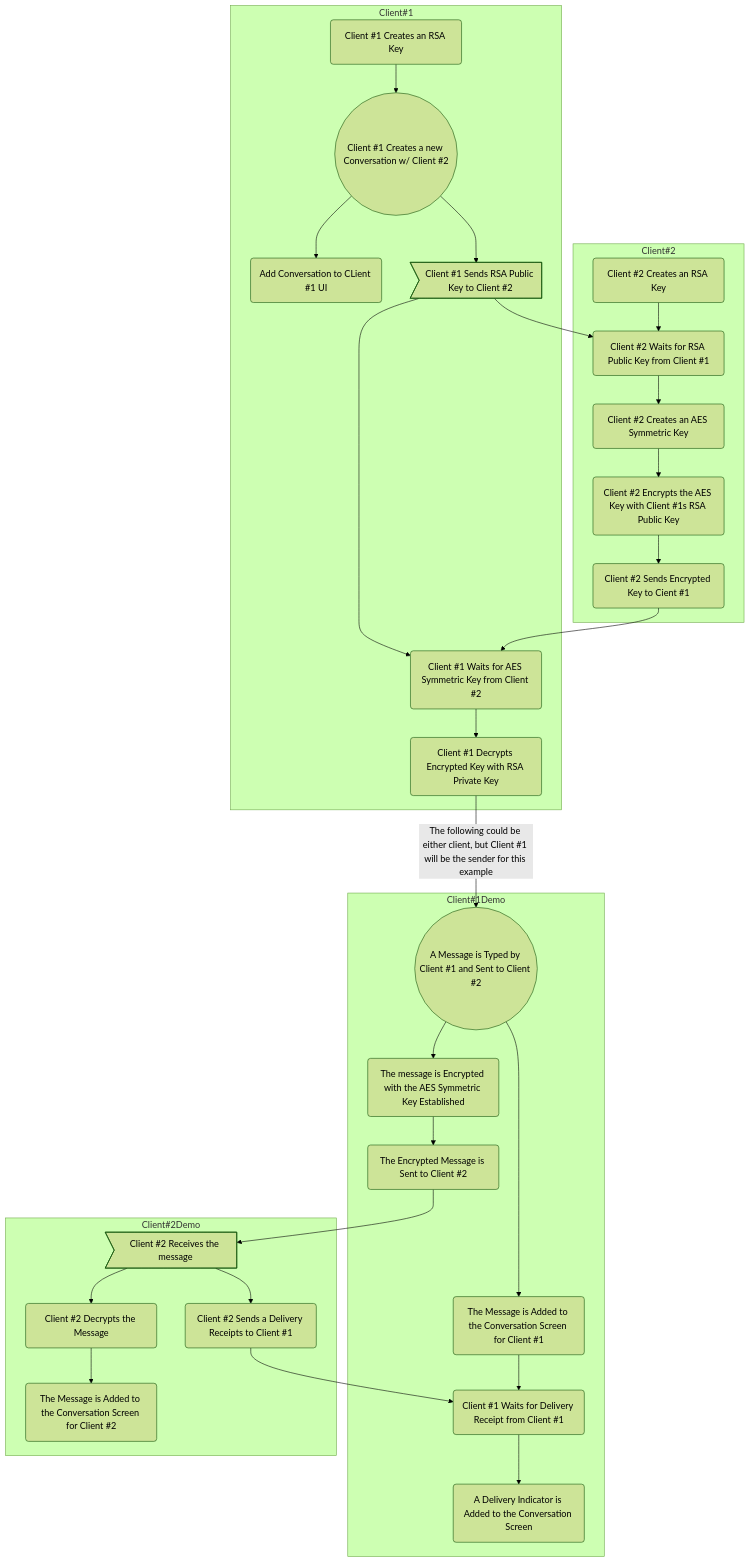
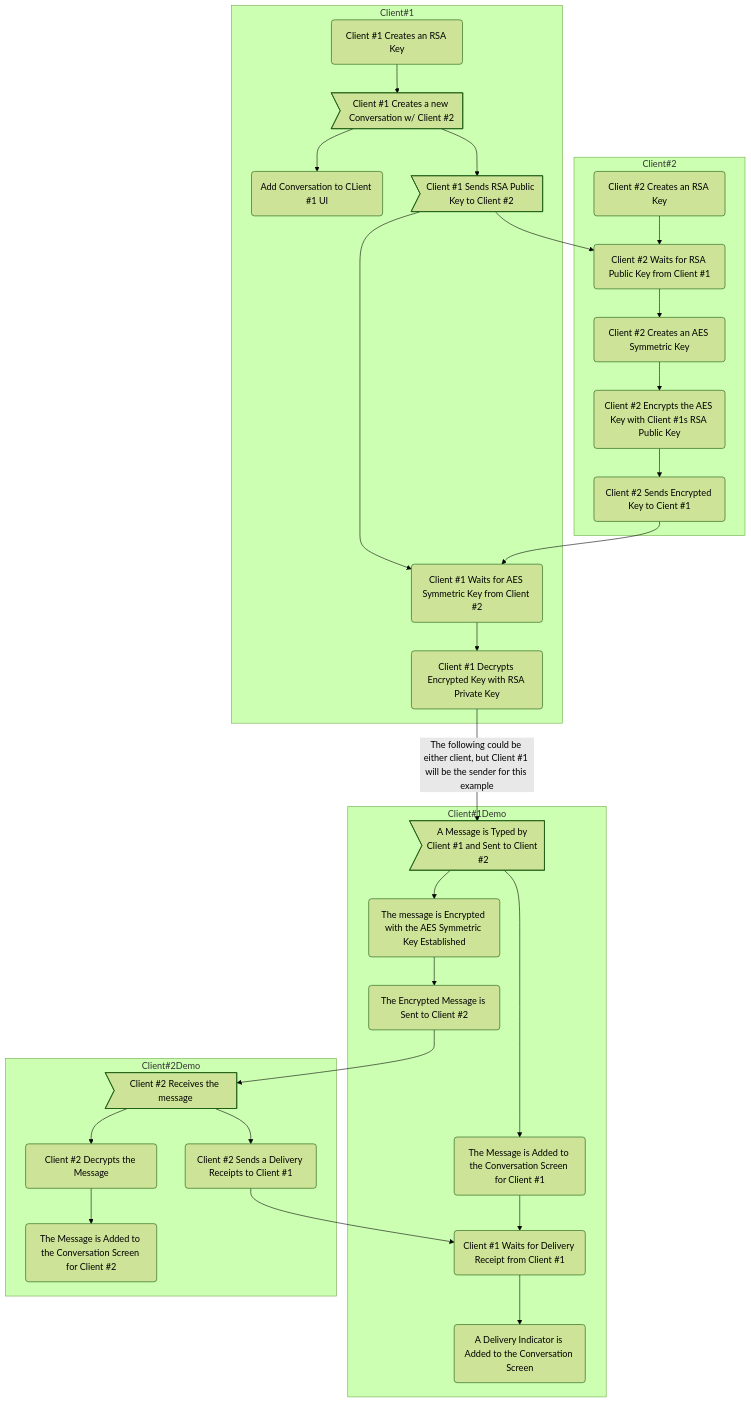
One commit to xXCrash2BomberXx/TinyChat changed the diagram in README.md. Above: the diagram before and after it, drawn with Mermaid (forest theme).

````diff
--- a/README.md
+++ b/README.md
@@ -72,35 +72,35 @@
 ```mermaid
 graph TB;
   subgraph "Client#1"
-  A(Client #1 Creates an RSA Key) --> B((Client #1 Creates a new Conversation w/ Client #2));
+  A(Client #1 Creates an RSA Key) --> B>Client #1 Creates a new Conversation w/ Client #2];
   B --> D(Add Conversation to CLient #1 UI);
   B --> E>Client #1 Sends RSA Public Key to Client #2];
   end
   subgraph "Client#2"
   F(Client #2 Creates an RSA Key) --> G(Client #2 Waits for RSA Public Key from Client #1);
   E --> G;
   G --> H(Client #2 Creates an AES Symmetric Key);
   H -->I(Client #2 Encrypts the AES Key with Client #1s RSA Public Key);
   I -->J(Client #2 Sends Encrypted Key to Cient #1);
   end
   subgraph "Client#1"
   E --> K(Client #1 Waits for AES Symmetric Key from Client #2);
   J --> K;
   K --> L(Client #1 Decrypts Encrypted Key with RSA Private Key);
   end
   subgraph "Client#1Demo"
-  L --> |The following could be either client, but Client #1 will be the sender for this example| M((A Message is Typed by Client #1 and Sent to Client #2));
+  L --> |The following could be either client, but Client #1 will be the sender for this example| M>A Message is Typed by Client #1 and Sent to Client #2];
   M --> N(The message is Encrypted with the AES Symmetric Key Established);
   N --> O(The Encrypted Message is Sent to Client #2);
   M --> Q(The Message is Added to the Conversation Screen for Client #1);
   Q --> R(Client #1 Waits for Delivery Receipt from Client #1);
   R --> V(A Delivery Indicator is Added to the Conversation Screen);
   end
   subgraph "Client#2Demo"
   O --> P>Client #2 Receives the message];
   P --> S(Client #2 Decrypts the Message);
   S --> T(The Message is Added to the Conversation Screen for Client #2);
   P --> U(Client #2 Sends a Delivery Receipts to Client #1);
   U --> R;
   end
 ```
````
